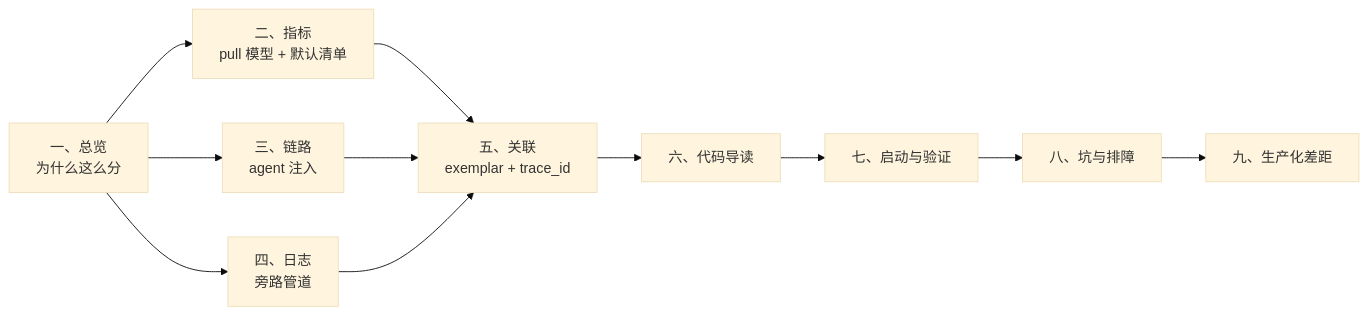
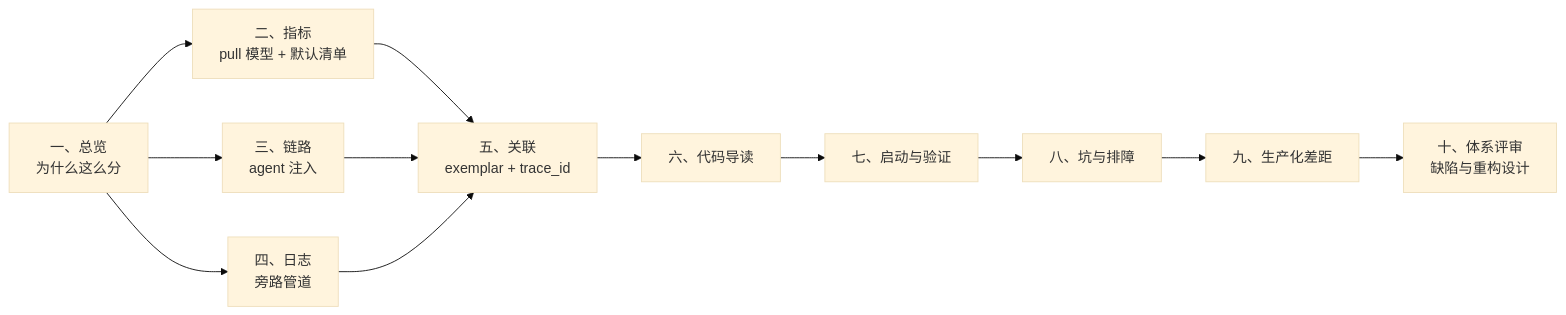
One commit to skwqy/workspace changed the second of 3 diagrams in hello-observability/README.md. Above: the diagram before and after it, drawn with Mermaid (base theme). The commit also changed other lines of this file, not shown here.

First line of the commit message:
README 新增第十章：体系评审（缺陷清单与重构设计）

````diff
--- a/hello-observability/README.md
+++ b/hello-observability/README.md
@@ -198,13 +199,14 @@
 ```mermaid
 flowchart LR
     A[一、总览<br/>为什么这么分] --> B[二、指标<br/>pull 模型 + 默认清单]
     A --> C[三、链路<br/>agent 注入]
     A --> D[四、日志<br/>旁路管道]
     B --> E[五、关联<br/>exemplar + trace_id]
     C --> E
     D --> E
     E --> F[六、代码导读]
     F --> G[七、启动与验证]
     G --> H[八、坑与排障]
     H --> I[九、生产化差距]
+    I --> J[十、体系评审<br/>缺陷与重构设计]
 ```
````
